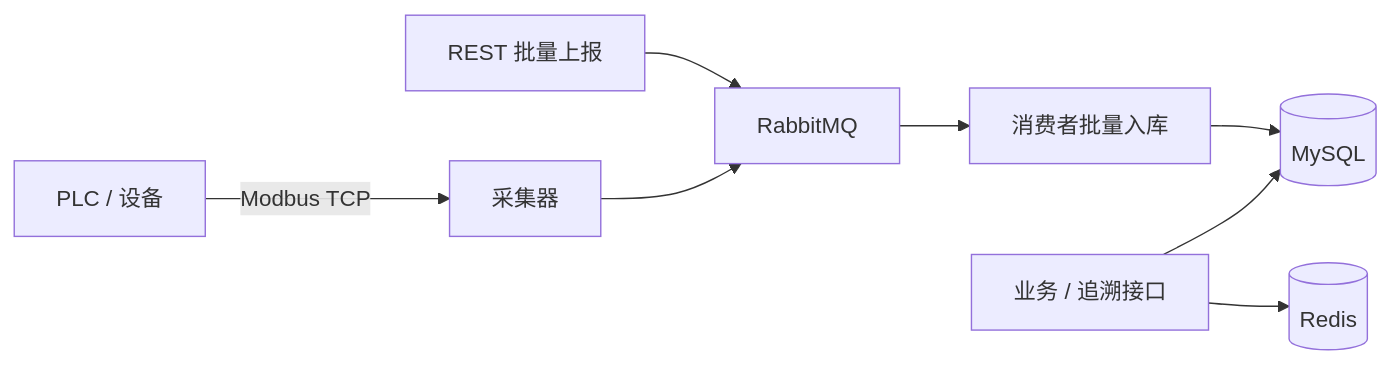
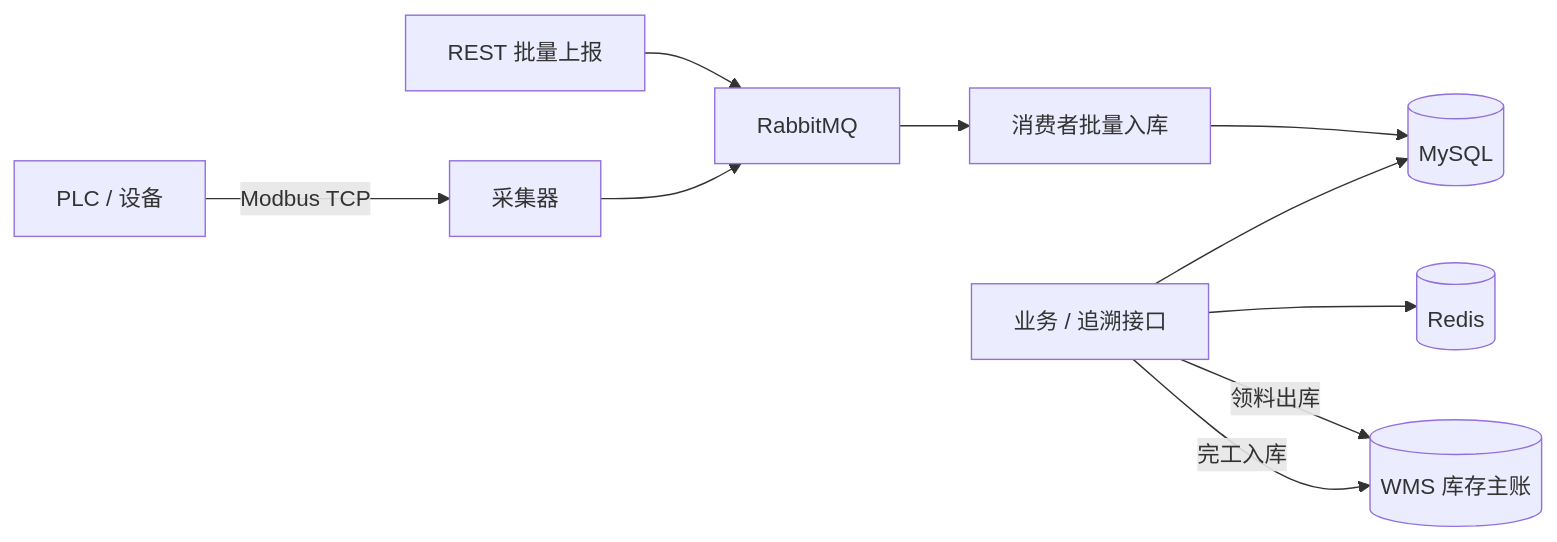
The diagram in README.md (Liumnary-hub/MES-PangusPT), drawn with Mermaid before and after one commit. The commit also changed other lines of this file and 2 other files, not shown here.

Commit message:
docs: document WMS outbound and inbound integration

````diff
--- a/README.md
+++ b/README.md
@@ -10,10 +10,12 @@
 ```mermaid
 flowchart LR
     PLC[PLC / 设备] -->|Modbus TCP| COLLECTOR[采集器]
     REST[REST 批量上报] --> MQ[RabbitMQ]
     COLLECTOR --> MQ
     MQ --> CONSUMER[消费者批量入库]
     CONSUMER --> DB[(MySQL)]
     API[业务 / 追溯接口] --> DB
     API --> CACHE[(Redis)]
+    API -->|领料出库| WMS[(WMS 库存主账)]
+    API -->|完工入库| WMS
 ```
````
